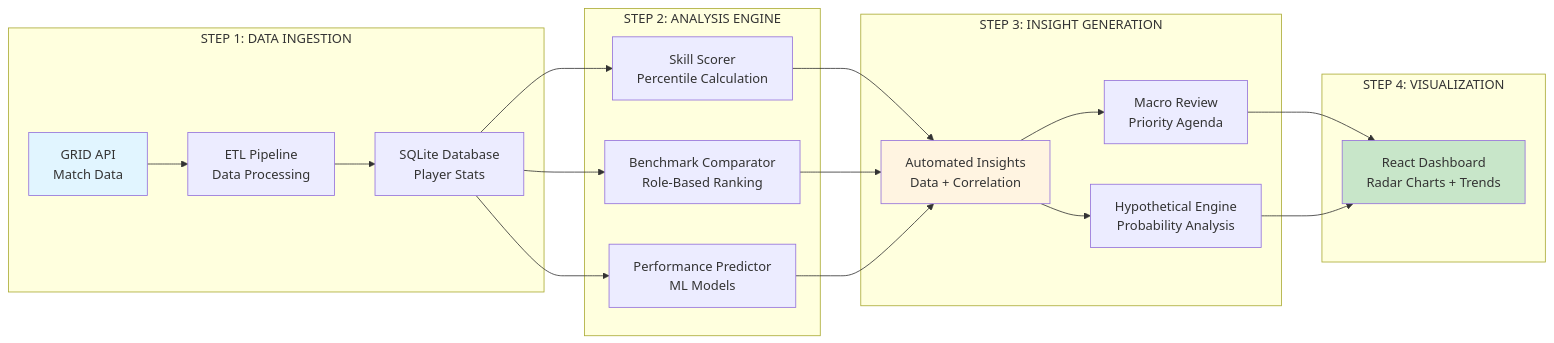
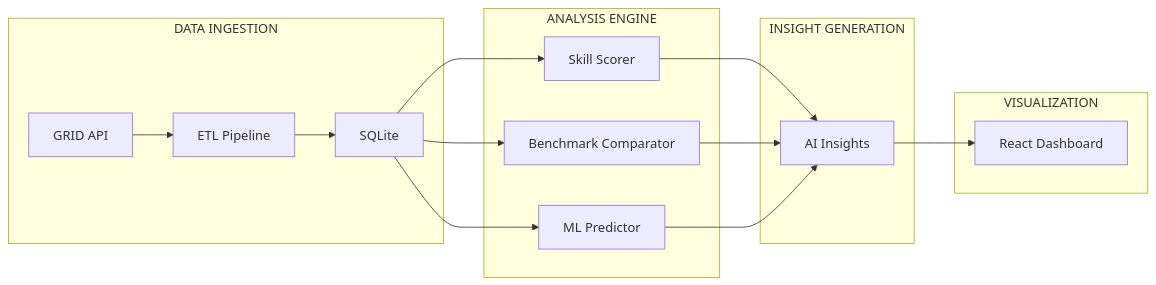
Before and after one commit to ankitlade12/MicroMentor: the diagram in README.md, drawn with Mermaid. The commit also changed other lines of this file and 13 other files, not shown here.

Commit message:
Add 9 new features: dark mode, AI coach chat with voice input, player comparison, PDF export, loading skeletons, animated charts, goal tracker enhancements

````diff
--- a/README.md
+++ b/README.md
@@ -25,30 +37,23 @@
 ```mermaid
 graph LR
-    subgraph "STEP 1: DATA INGESTION"
-        G["GRID API<br/>Match Data"] --> E["ETL Pipeline<br/>Data Processing"]
-        E --> D["SQLite Database<br/>Player Stats"]
+    subgraph "DATA INGESTION"
+        G["GRID API"] --> E["ETL Pipeline"]
+        E --> D["SQLite"]
     end
     
-    subgraph "STEP 2: ANALYSIS ENGINE"
-        D --> S["Skill Scorer<br/>Percentile Calculation"]
-        D --> B["Benchmark Comparator<br/>Role-Based Ranking"]
-        D --> P["Performance Predictor<br/>ML Models"]
+    subgraph "ANALYSIS ENGINE"
+        D --> S["Skill Scorer"]
+        D --> B["Benchmark Comparator"]
+        D --> P["ML Predictor"]
     end
     
-    subgraph "STEP 3: INSIGHT GENERATION"
-        S --> I["Automated Insights<br/>Data + Correlation"]
+    subgraph "INSIGHT GENERATION"
+        S --> I["AI Insights"]
         B --> I
         P --> I
-        I --> M["Macro Review<br/>Priority Agenda"]
-        I --> H["Hypothetical Engine<br/>Probability Analysis"]
     end
     
-    subgraph "STEP 4: VISUALIZATION"
-        M --> UI["React Dashboard<br/>Radar Charts + Trends"]
-        H --> UI
+    subgraph "VISUALIZATION"
+        I --> UI["React Dashboard"]
     end
-
-    style G fill:#e1f5ff
-    style I fill:#fff4e1
-    style UI fill:#c8e6c9
 ```
````
